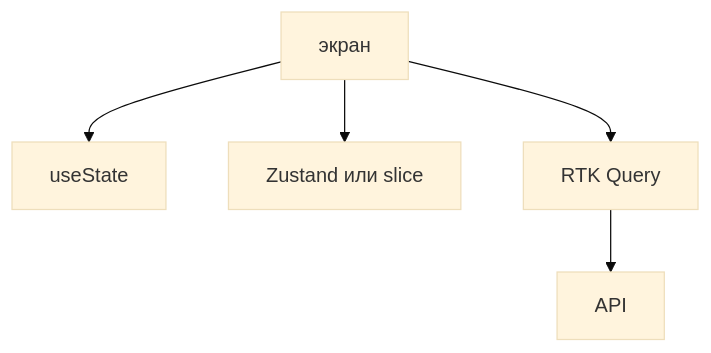
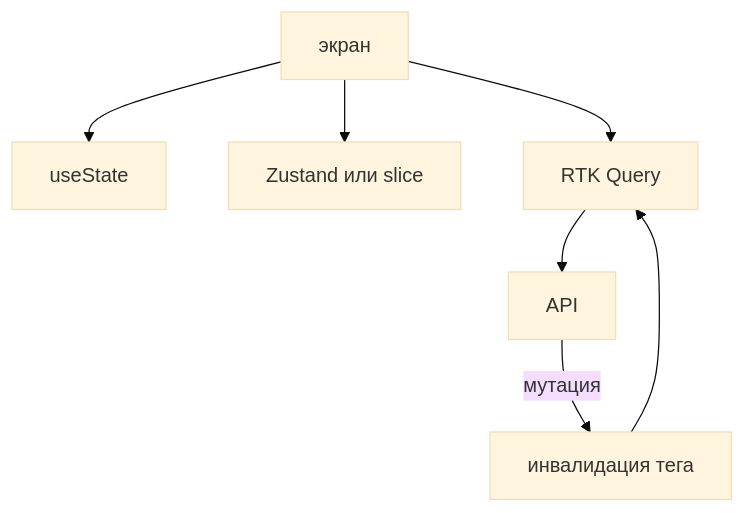
The diagram in nine-to-eighteen/ui/src/data/learn/frontend/fe06-state-libraries.md (AlexanderNY/cursor_test), drawn with Mermaid (base theme) before and after one commit. The commit also changed other lines of this file and 40 other files, not shown here.

````diff
--- a/nine-to-eighteen/ui/src/data/learn/frontend/fe06-state-libraries.md
+++ b/nine-to-eighteen/ui/src/data/learn/frontend/fe06-state-libraries.md
@@ -54,7 +97,9 @@
 ```mermaid
 flowchart TD
   UI[экран] --> Local[useState]
   UI --> Client[Zustand или slice]
   UI --> Server[RTK Query]
   Server --> API[API]
+  API -->|мутация| Inv[инвалидация тега]
+  Inv --> Server
 ```
````
